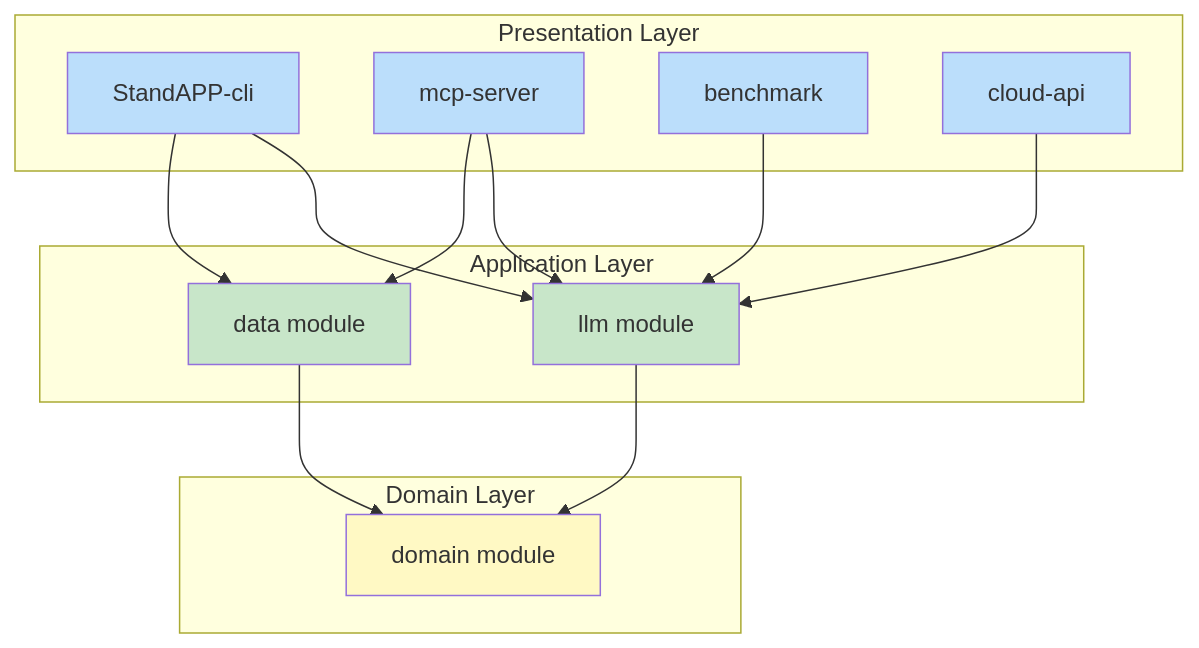
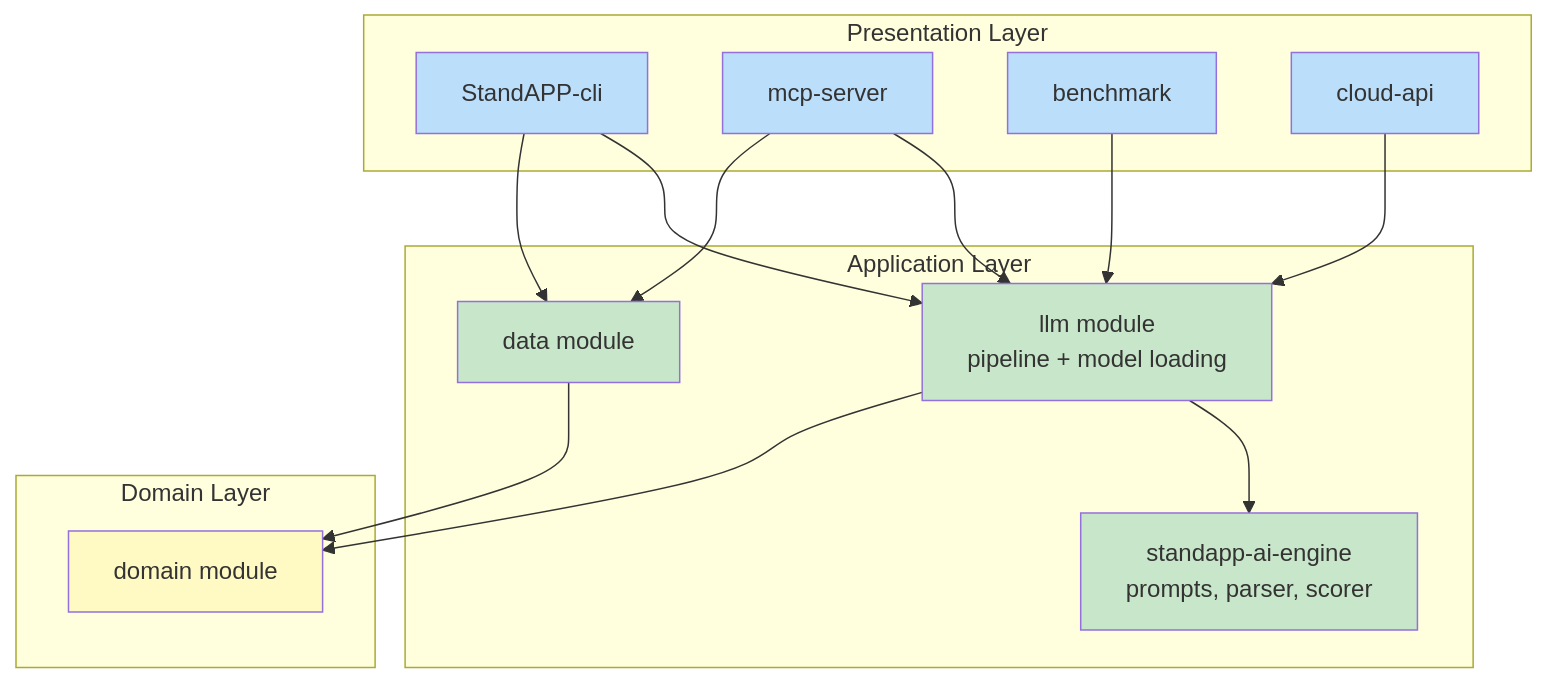
One commit to michalharakal/Daily-StandAPP changed the first of 2 diagrams in docs/modules/architecture/pages/04-solution-strategy.adoc. Above: the diagram before and after it, drawn with Mermaid. The commit also changed other lines of this file and 38 other files, not shown here.

First line of the commit message:
docs: truth sweep for the two-model pipeline (arc42 ADR-012, prompt-engineering, verification log)

```diff
--- a/docs/modules/architecture/pages/04-solution-strategy.adoc
+++ b/docs/modules/architecture/pages/04-solution-strategy.adoc
@@ -54,37 +58,40 @@
 [mermaid]
 ----
 graph TB
     subgraph "Presentation Layer"
         CLI[StandAPP-cli]
         MCP[mcp-server]
         BENCH[benchmark]
         CLOUD[cloud-api]
     end
 
     subgraph "Application Layer"
-        LLM[llm module]
+        LLM[llm module<br/>pipeline + model loading]
+        ENGINE[standapp-ai-engine<br/>prompts, parser, scorer]
         DATA[data module]
     end
 
     subgraph "Domain Layer"
         DOMAIN[domain module]
     end
 
     CLI --> LLM
     CLI --> DATA
     MCP --> LLM
     MCP --> DATA
     BENCH --> LLM
     CLOUD --> LLM
 
+    LLM --> ENGINE
     LLM --> DOMAIN
     DATA --> DOMAIN
 
     style CLI fill:#bbdefb
     style MCP fill:#bbdefb
     style BENCH fill:#bbdefb
     style CLOUD fill:#bbdefb
     style LLM fill:#c8e6c9
+    style ENGINE fill:#c8e6c9
     style DATA fill:#c8e6c9
     style DOMAIN fill:#fff9c4
 ----
```
